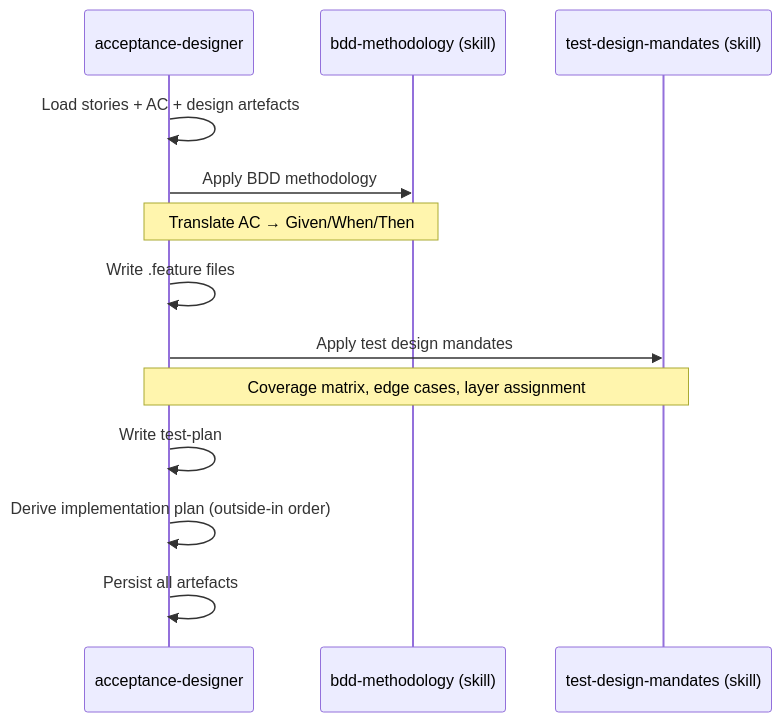
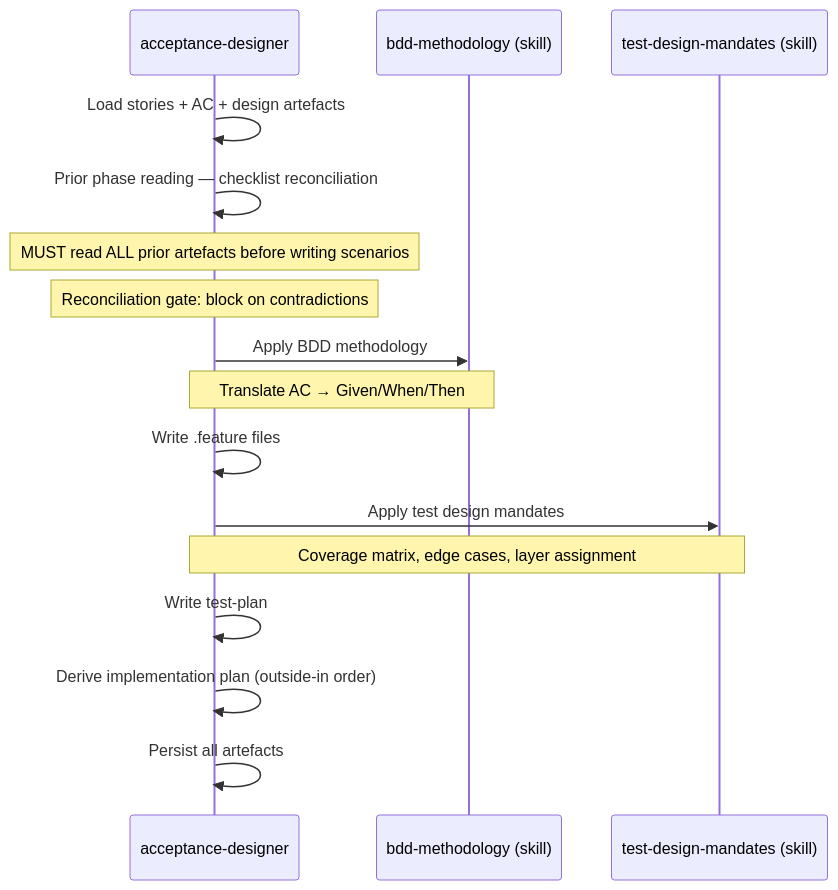
The diagram in docs/superpowers/specs/2026-05-12-phase-distill.md (SebastienDegodez/skraft-plugin), drawn with Mermaid before and after one commit. The commit also changed other lines of this file and 2 other files, not shown here.

````diff
--- a/docs/superpowers/specs/2026-05-12-phase-distill.md
+++ b/docs/superpowers/specs/2026-05-12-phase-distill.md
@@ -71,16 +71,19 @@
 ```mermaid
 sequenceDiagram
     participant AD as acceptance-designer
     participant BDD as bdd-methodology (skill)
     participant TDM as test-design-mandates (skill)
 
     AD->>AD: Load stories + AC + design artefacts
+    AD->>AD: Prior phase reading — checklist reconciliation
+    Note over AD: MUST read ALL prior artefacts before writing scenarios
+    Note over AD: Reconciliation gate: block on contradictions
     AD->>BDD: Apply BDD methodology
     Note over AD,BDD: Translate AC → Given/When/Then
     AD->>AD: Write .feature files
     AD->>TDM: Apply test design mandates
     Note over AD,TDM: Coverage matrix, edge cases, layer assignment
     AD->>AD: Write test-plan
     AD->>AD: Derive implementation plan (outside-in order)
     AD->>AD: Persist all artefacts
 ```
````
